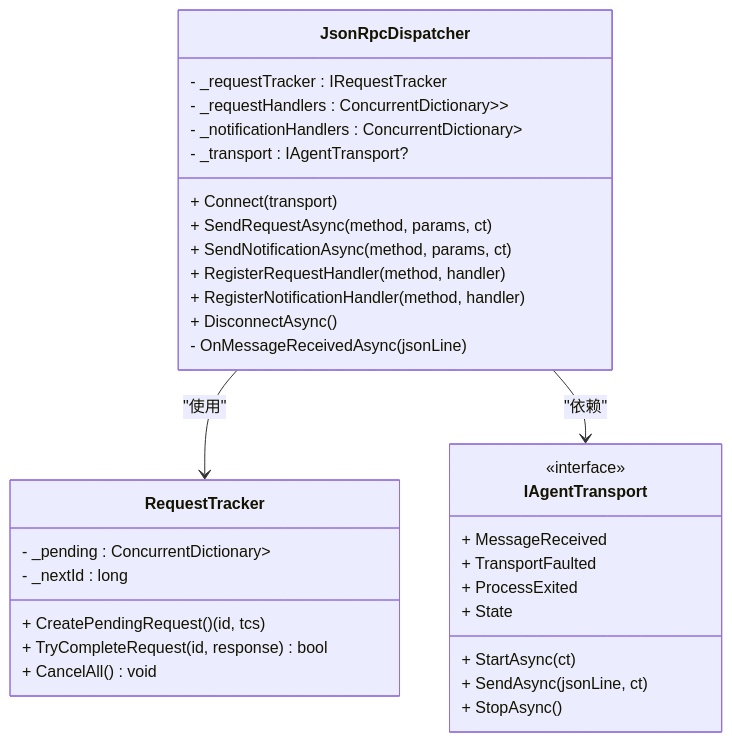
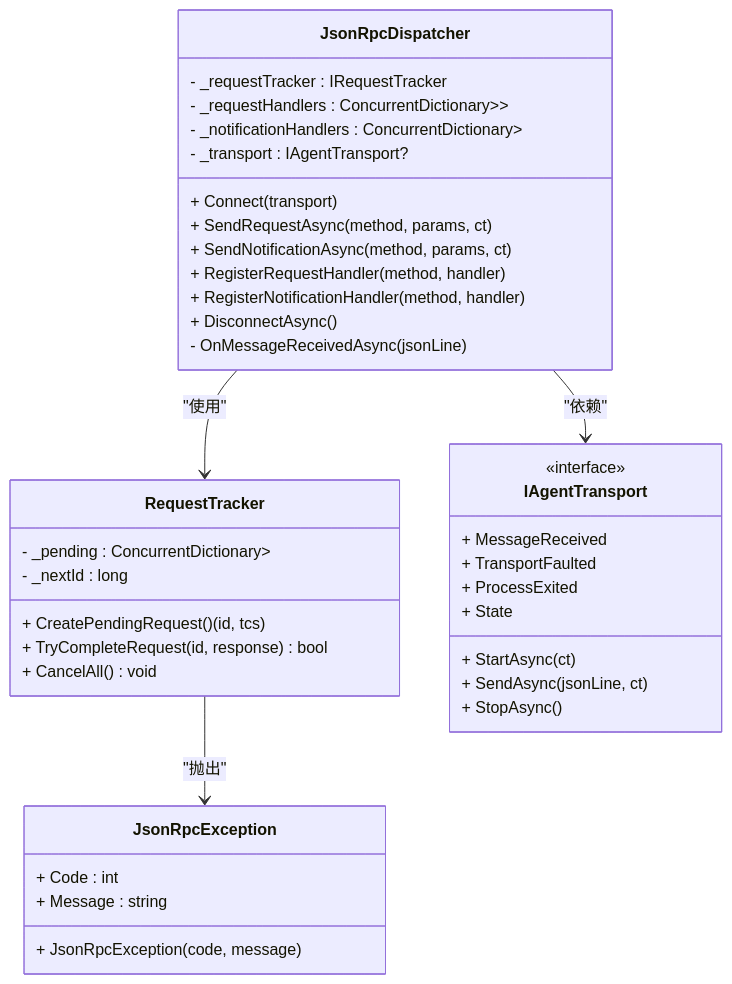
The third of 7 diagrams in .qoder/repowiki/zh/content/协议层/协议层.md (AgenticDesktop/ACPLibrary), drawn with Mermaid before and after one commit. The commit also changed other lines of this file and 22 other files, not shown here.

````diff
--- a/.qoder/repowiki/zh/content/协议层/协议层.md
+++ b/.qoder/repowiki/zh/content/协议层/协议层.md
@@ -156,35 +178,41 @@
 ```mermaid
 classDiagram
 class JsonRpcDispatcher {
 - _requestTracker : IRequestTracker
 - _requestHandlers : ConcurrentDictionary<string, Func<JsonRpcRequest, Task<JsonRpcResponse>>>
 - _notificationHandlers : ConcurrentDictionary<string, Func<JsonRpcNotification, Task>>
 - _transport : IAgentTransport?
 + Connect(transport)
 + SendRequestAsync(method, params, ct)
 + SendNotificationAsync(method, params, ct)
 + RegisterRequestHandler(method, handler)
 + RegisterNotificationHandler(method, handler)
 + DisconnectAsync()
 - OnMessageReceivedAsync(jsonLine)
 }
 class RequestTracker {
 - _pending : ConcurrentDictionary<long, TaskCompletionSource<JsonRpcResponse>>
 - _nextId : long
 + CreatePendingRequest() (id, tcs)
 + TryCompleteRequest(id, response) bool
 + CancelAll() void
 }
+class JsonRpcException {
++ Code : int
++ Message : string
++ JsonRpcException(code, message)
+}
 class IAgentTransport {
 <<interface>>
 + StartAsync(ct)
 + SendAsync(jsonLine, ct)
 + MessageReceived
 + TransportFaulted
 + ProcessExited
 + StopAsync()
 + State
 }
 JsonRpcDispatcher --> RequestTracker : "使用"
 JsonRpcDispatcher --> IAgentTransport : "依赖"
+RequestTracker --> JsonRpcException : "抛出"
 ```
````
